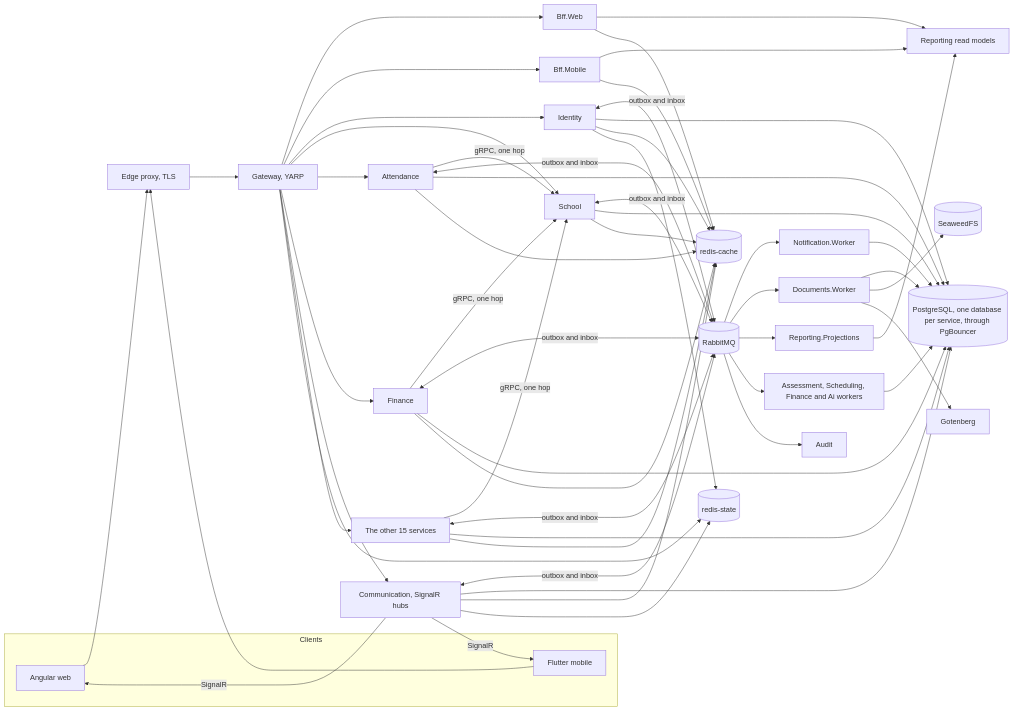
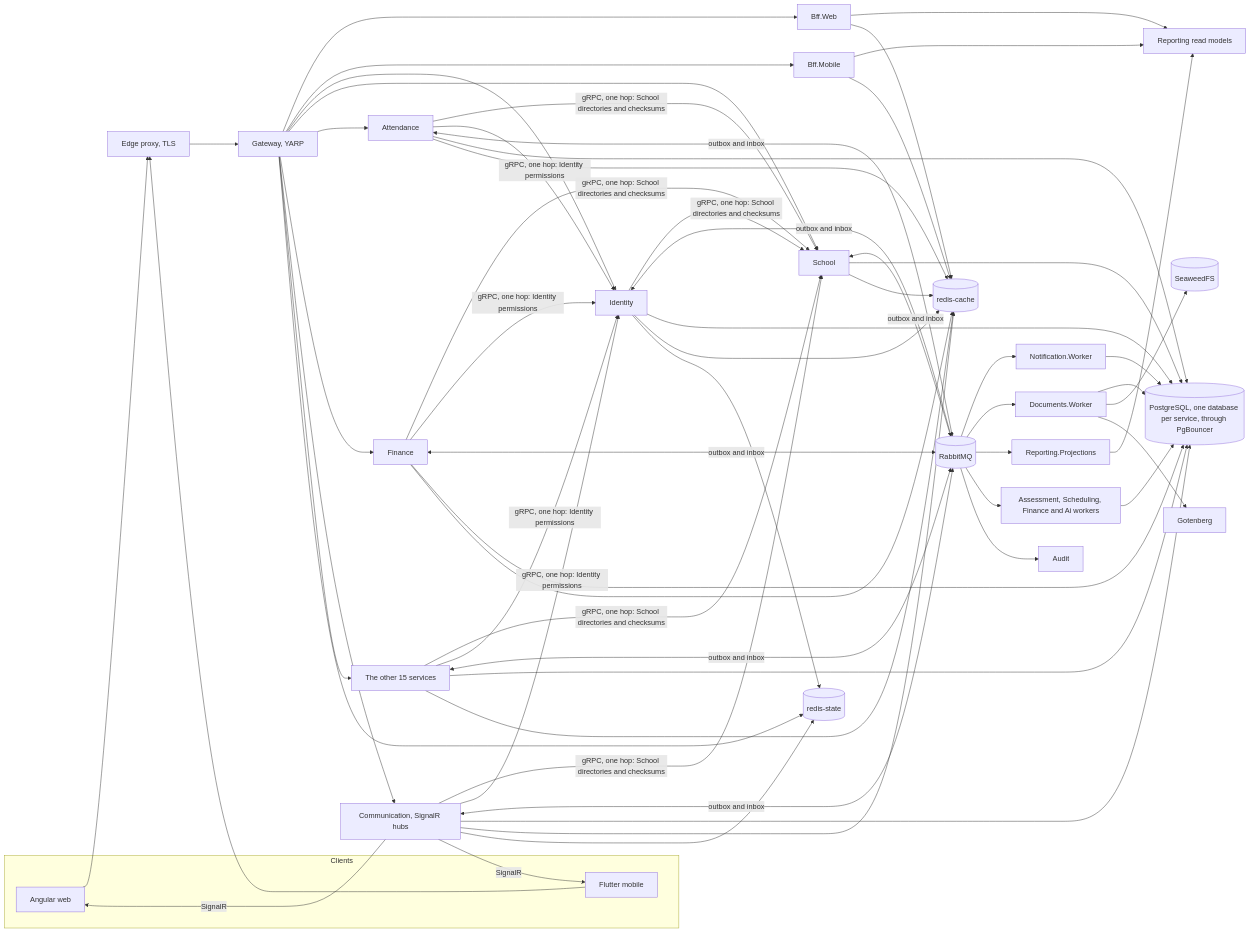
Before and after one commit to mahmodnasser/nibras: the sixth of 9 diagrams in docs/plan/04-architecture-overview.md, drawn with Mermaid. The commit also changed other lines of this file and 115 other files, not shown here.

````diff
--- a/docs/plan/04-architecture-overview.md
+++ b/docs/plan/04-architecture-overview.md
@@ -276,42 +278,43 @@
 ```mermaid
 flowchart LR
     subgraph Clients
         WEB["Angular web"]
         MOB["Flutter mobile"]
     end
     EDGE["Edge proxy, TLS"]
     GW["Gateway, YARP"]
     BW["Bff.Web"]
     BM["Bff.Mobile"]
     IDN["Identity"]
     SCH["School"]
     ATT["Attendance"]
     FIN["Finance"]
     COM["Communication, SignalR hubs"]
     OTH["The other 15 services"]
     MQ[("RabbitMQ")]
     NW["Notification.Worker"]
     DW["Documents.Worker"]
     RP["Reporting.Projections"]
     OW["Assessment, Scheduling, Finance and Ai workers"]
     AUD["Audit"]
     RPT["Reporting read models"]
     PG[("PostgreSQL, one database per service, through PgBouncer")]
     RC[("redis-cache")]
     RS[("redis-state")]
     SW[("SeaweedFS")]
     GB["Gotenberg"]
     WEB & MOB --> EDGE --> GW
     GW --> BW & BM
     GW --> IDN & SCH & ATT & FIN & COM & OTH
     BW & BM --> RPT
-    ATT & FIN & OTH -->|"gRPC, one hop"| SCH
+    IDN & ATT & FIN & COM & OTH -->|"gRPC, one hop: School directories and checksums"| SCH
+    ATT & FIN & COM & OTH -->|"gRPC, one hop: Identity permissions"| IDN
     IDN & SCH & ATT & FIN & COM & OTH <-->|"outbox and inbox"| MQ
     MQ --> NW & DW & RP & OW & AUD
     RP --> RPT
     IDN & SCH & ATT & FIN & COM & OTH & NW & DW & OW --> PG
     IDN & SCH & ATT & FIN & COM & OTH & BW & BM --> RC
     GW & COM & IDN --> RS
     DW --> SW & GB
     COM -->|"SignalR"| WEB & MOB
 ```
````
